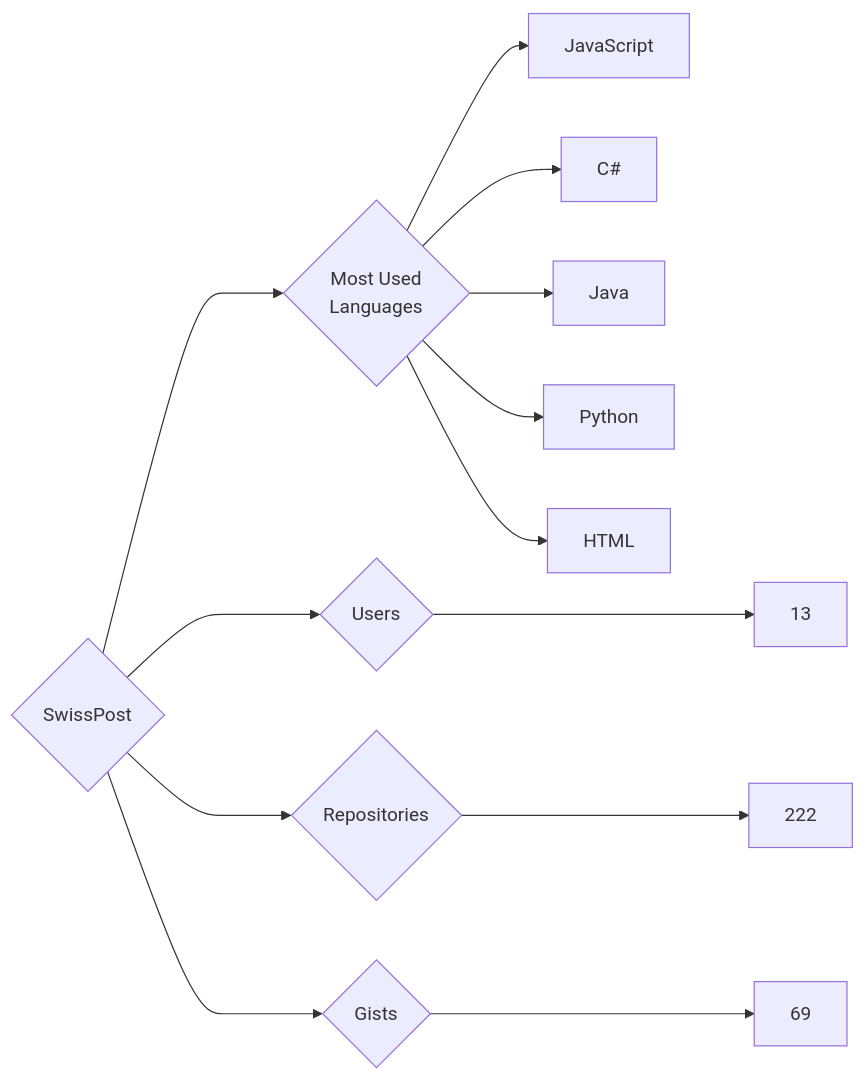
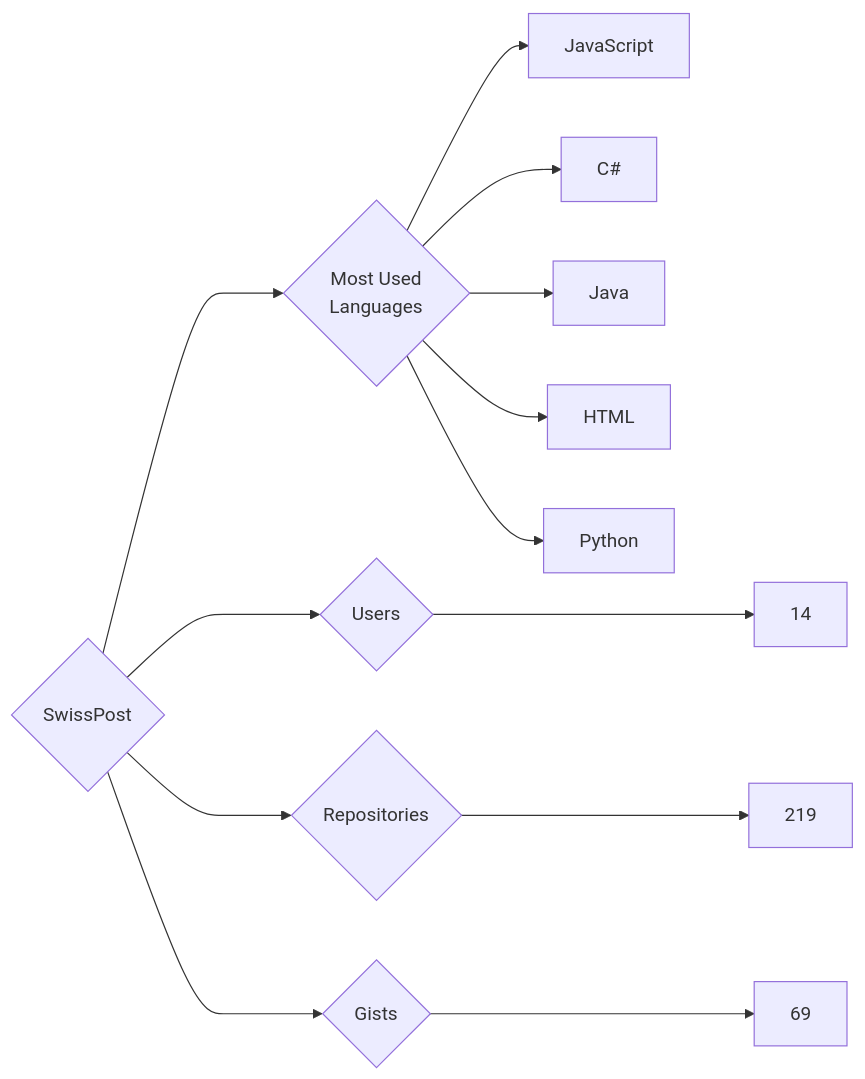
Before and after one commit to trickest/insiders: the diagram in targets/SwissPost/README.md, drawn with Mermaid. The commit also changed 1479 other files, not shown here.

````diff
--- a/targets/SwissPost/README.md
+++ b/targets/SwissPost/README.md
@@ -3,13 +3,13 @@
 ```mermaid
 graph LR
 COMPANY_NAME{SwissPost}
-COMPANY_NAME ---> U{Users} ---> UN[13]
-COMPANY_NAME ---> R{Repositories} ---> RN[222]
+COMPANY_NAME ---> U{Users} ---> UN[14]
+COMPANY_NAME ---> R{Repositories} ---> RN[219]
 COMPANY_NAME ---> G{Gists} ---> GN[69]
 COMPANY_NAME ---> ML{Most Used<br>Languages}
 ML --> JavaScript[JavaScript]
 ML --> C#[C#]
 ML --> Java[Java]
+ML --> HTML[HTML]
 ML --> Python[Python]
-ML --> HTML[HTML]
 ```
````
